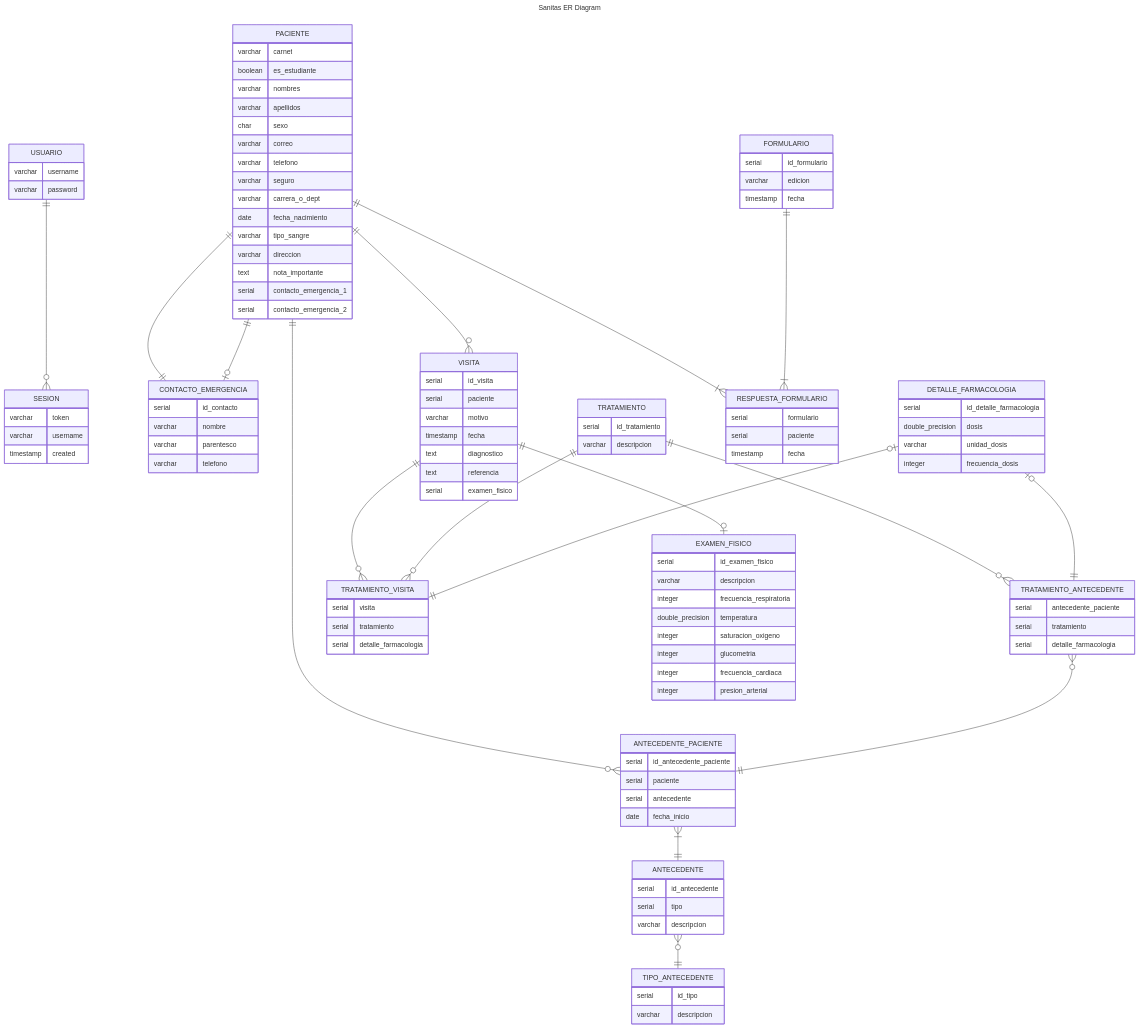
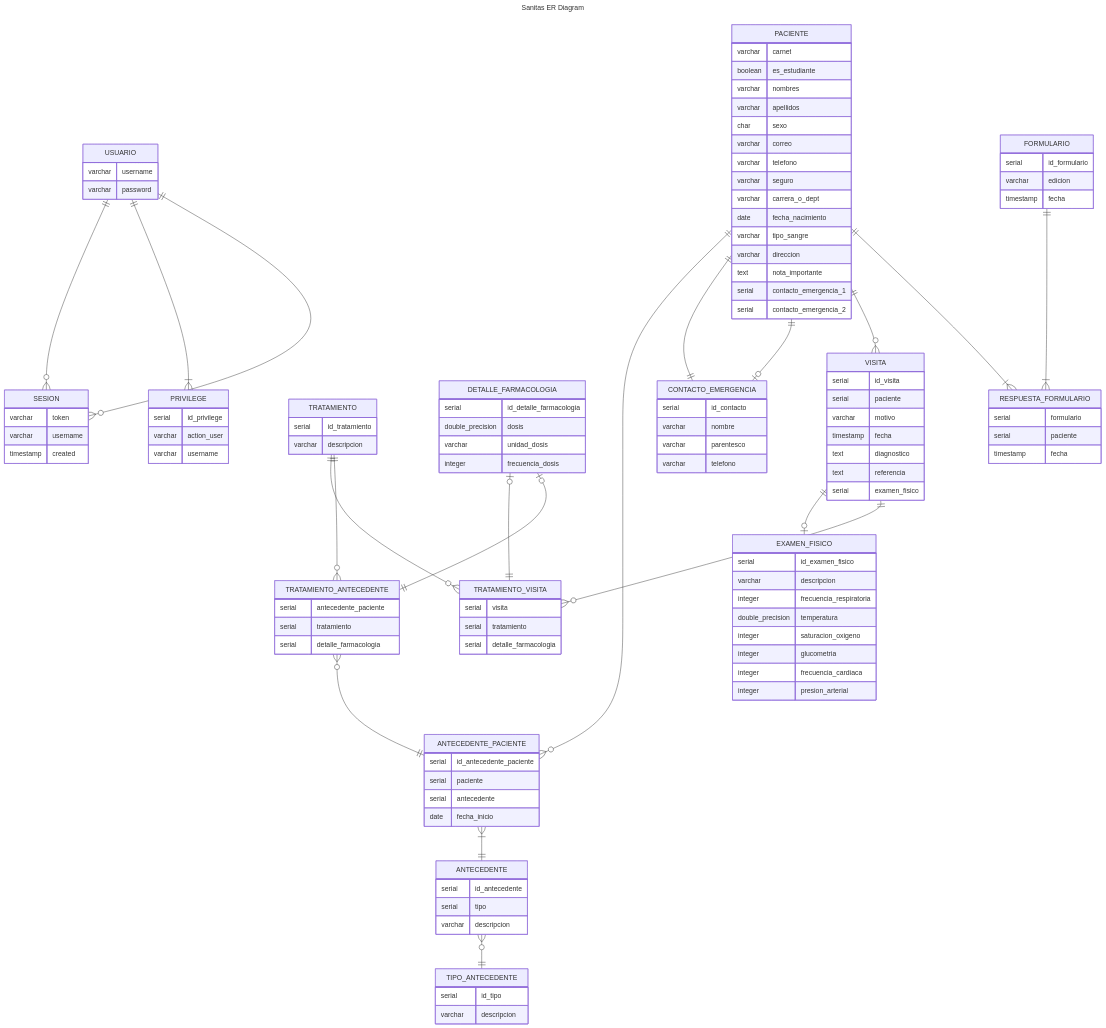
Before and after one commit to SanitasUVG/Sanitas: the diagram in wiki/mantenimiento/db/README.md, drawn with Mermaid. The commit also changed other lines of this file, not shown here.

Commit message:
feat: Added new entity Privileges and it's relationship with Usuario

```diff
--- a/wiki/mantenimiento/db/README.md
+++ b/wiki/mantenimiento/db/README.md
@@ -101,6 +104,14 @@
         serial      paciente
         timestamp   fecha
     }
+    PRIVILEGE {
+        serial      id_privilege
+        varchar     action_user
+        varchar     username
+    }
+    USUARIO ||--o{ SESION: ""
+    USUARIO ||--|{ PRIVILEGE: ""
+
     USUARIO ||--o{ SESION: ""
 
     PACIENTE ||--o{ ANTECEDENTE_PACIENTE: ""
```
